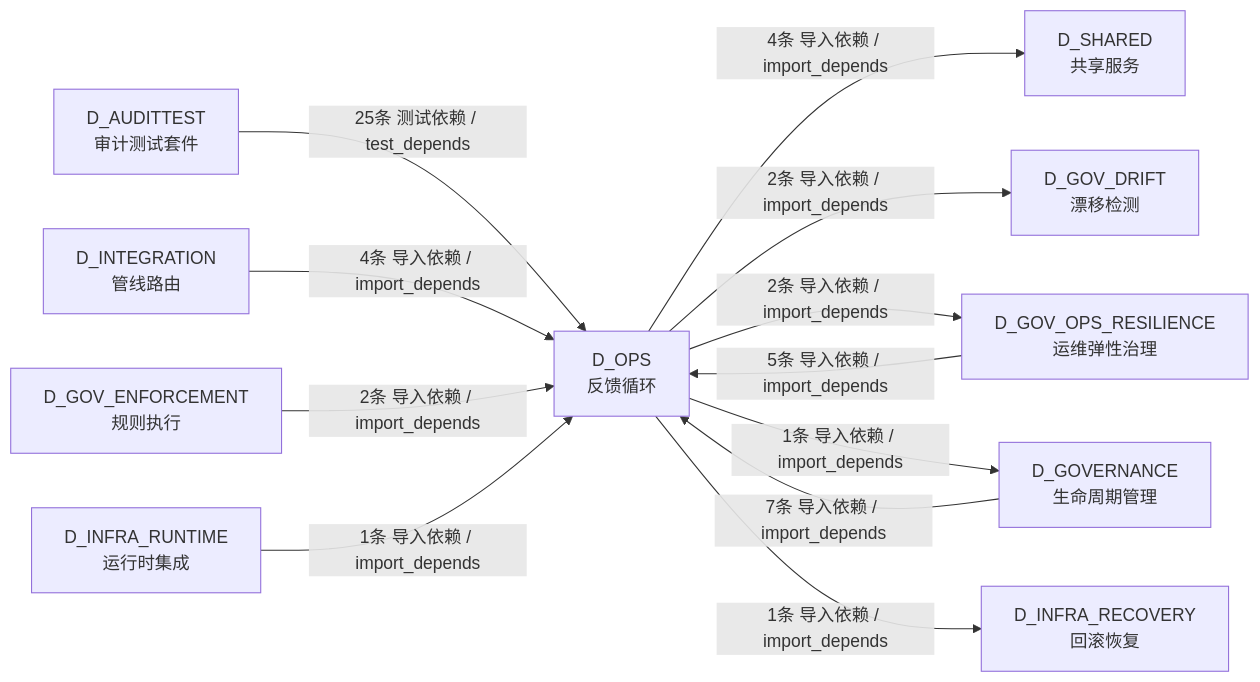
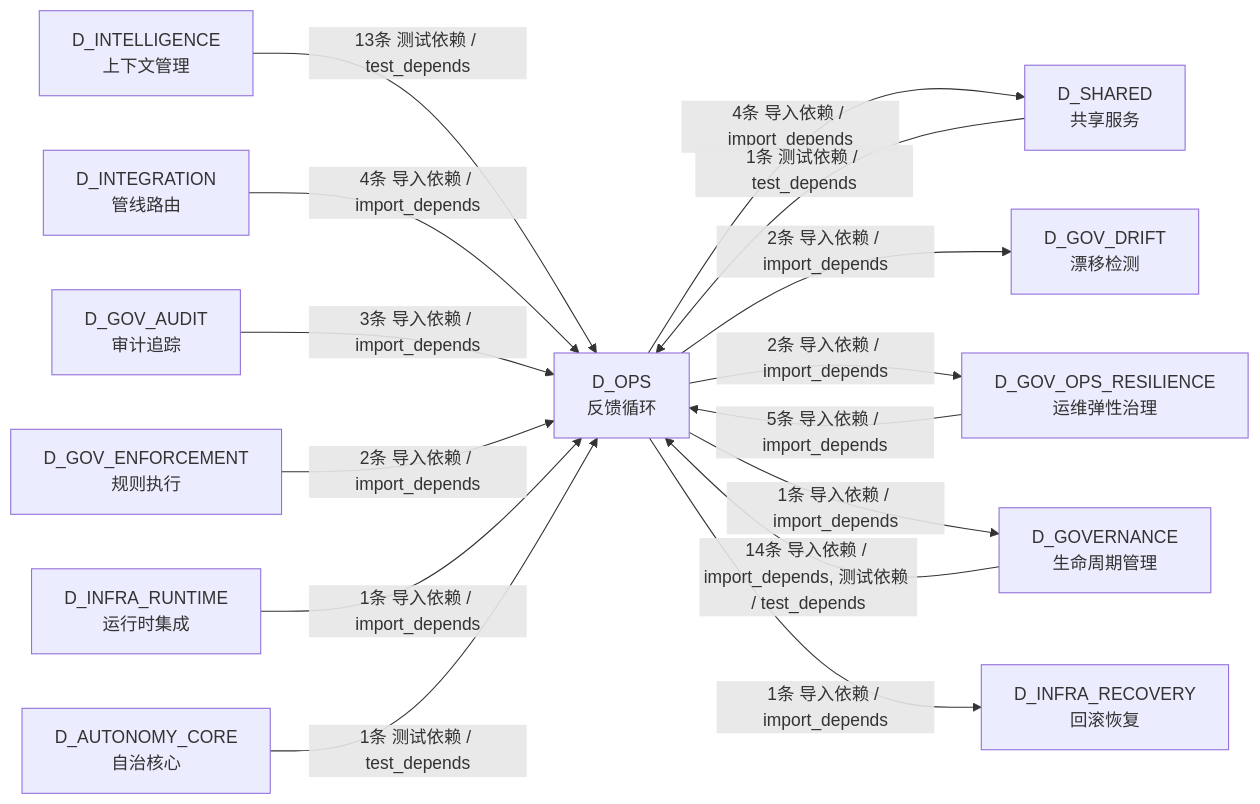
Before and after one commit to xuanFelixVan/ZephyrAlpha: the fourth of 4 diagrams in docs/02_enterprise_architecture/02_domain_architecture_docs/19_d_ops.md, drawn with Mermaid. The commit also changed other lines of this file and 112 other files, not shown here.

````diff
--- a/docs/02_enterprise_architecture/02_domain_architecture_docs/19_d_ops.md
+++ b/docs/02_enterprise_architecture/02_domain_architecture_docs/19_d_ops.md
@@ -277,24 +279,29 @@
 ```mermaid
 graph LR
     D_OPS["D_OPS<br/>反馈循环"]
     D_SHARED["D_SHARED<br/>共享服务"]
     D_GOV_DRIFT["D_GOV_DRIFT<br/>漂移检测"]
     D_GOV_OPS_RESILIENCE["D_GOV_OPS_RESILIENCE<br/>运维弹性治理"]
     D_GOVERNANCE["D_GOVERNANCE<br/>生命周期管理"]
     D_INFRA_RECOVERY["D_INFRA_RECOVERY<br/>回滚恢复"]
-    D_AUDITTEST["D_AUDITTEST<br/>审计测试套件"]
+    D_INTELLIGENCE["D_INTELLIGENCE<br/>上下文管理"]
     D_INTEGRATION["D_INTEGRATION<br/>管线路由"]
+    D_GOV_AUDIT["D_GOV_AUDIT<br/>审计追踪"]
     D_GOV_ENFORCEMENT["D_GOV_ENFORCEMENT<br/>规则执行"]
     D_INFRA_RUNTIME["D_INFRA_RUNTIME<br/>运行时集成"]
+    D_AUTONOMY_CORE["D_AUTONOMY_CORE<br/>自治核心"]
     D_OPS -->|4条 导入依赖 / import_depends| D_SHARED
     D_OPS -->|2条 导入依赖 / import_depends| D_GOV_DRIFT
     D_OPS -->|2条 导入依赖 / import_depends| D_GOV_OPS_RESILIENCE
     D_OPS -->|1条 导入依赖 / import_depends| D_GOVERNANCE
     D_OPS -->|1条 导入依赖 / import_depends| D_INFRA_RECOVERY
-    D_AUDITTEST -->|25条 测试依赖 / test_depends| D_OPS
-    D_GOVERNANCE -->|7条 导入依赖 / import_depends| D_OPS
+    D_GOVERNANCE -->|14条 导入依赖 / import_depends, 测试依赖 / test_depends| D_OPS
+    D_INTELLIGENCE -->|13条 测试依赖 / test_depends| D_OPS
     D_GOV_OPS_RESILIENCE -->|5条 导入依赖 / import_depends| D_OPS
     D_INTEGRATION -->|4条 导入依赖 / import_depends| D_OPS
+    D_GOV_AUDIT -->|3条 导入依赖 / import_depends| D_OPS
     D_GOV_ENFORCEMENT -->|2条 导入依赖 / import_depends| D_OPS
+    D_SHARED -->|1条 测试依赖 / test_depends| D_OPS
     D_INFRA_RUNTIME -->|1条 导入依赖 / import_depends| D_OPS
+    D_AUTONOMY_CORE -->|1条 测试依赖 / test_depends| D_OPS
 ```
````
